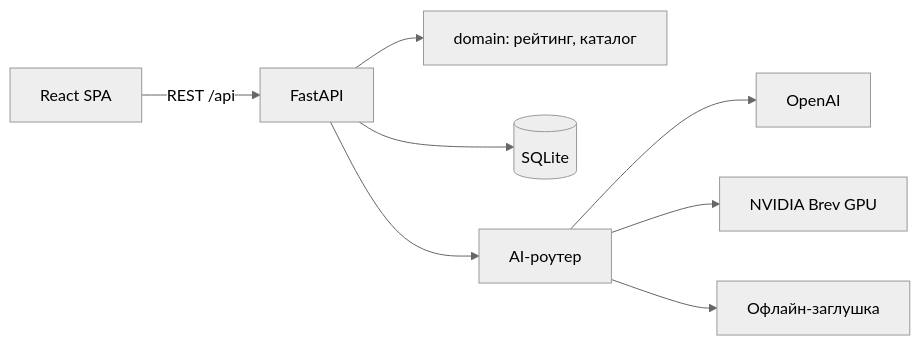
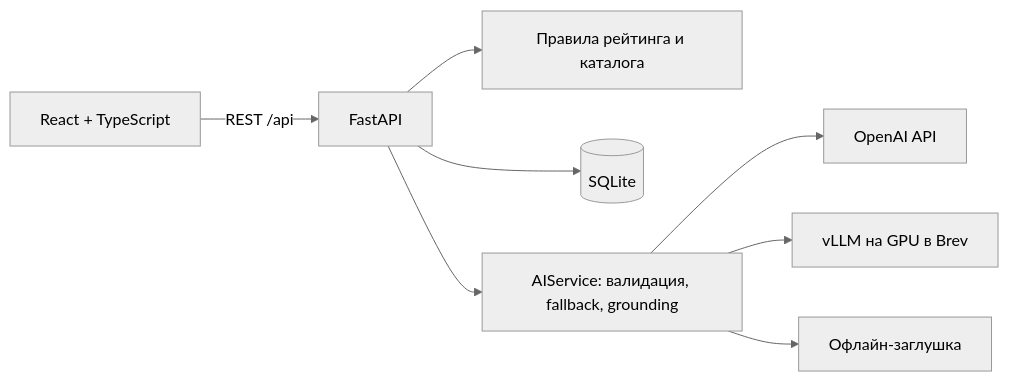
The second of 2 diagrams in README.md (BAITC-Hacks/hack-4b695b60-ai-just), drawn with Mermaid (neutral theme) before and after one commit. The commit also changed other lines of this file and 16 other files, not shown here.

````diff
--- a/README.md
+++ b/README.md
@@ -105,10 +134,10 @@
 ```mermaid
 flowchart LR
-    FE["React SPA"] -->|"REST /api"| BE["FastAPI"]
-    BE --> DOM["domain: рейтинг, каталог"]
+    FE["React + TypeScript"] -->|"REST /api"| BE["FastAPI"]
+    BE --> DOM["Правила рейтинга и каталога"]
     BE --> DB[("SQLite")]
-    BE --> AI["AI-роутер"]
-    AI --> OAI["OpenAI"]
-    AI --> BR["NVIDIA Brev GPU"]
+    BE --> AI["AIService: валидация, fallback, grounding"]
+    AI --> OAI["OpenAI API"]
+    AI --> BR["vLLM на GPU в Brev"]
     AI --> ST["Офлайн-заглушка"]
 ```
````
